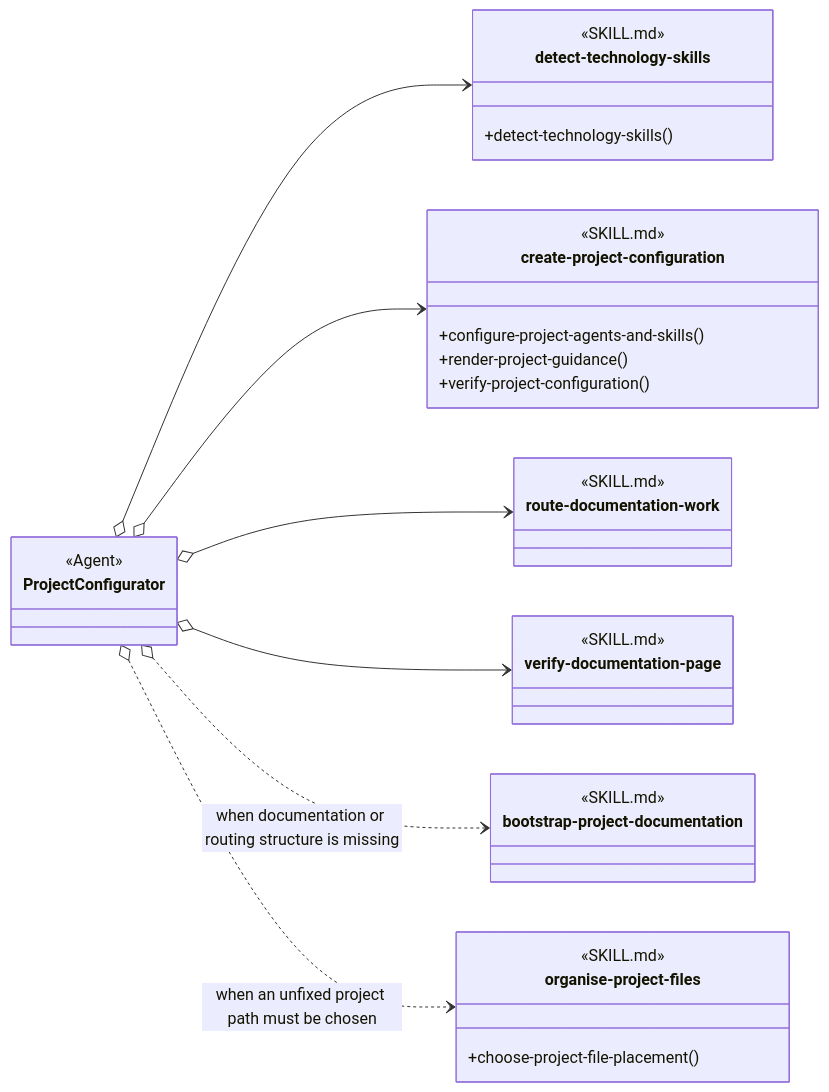
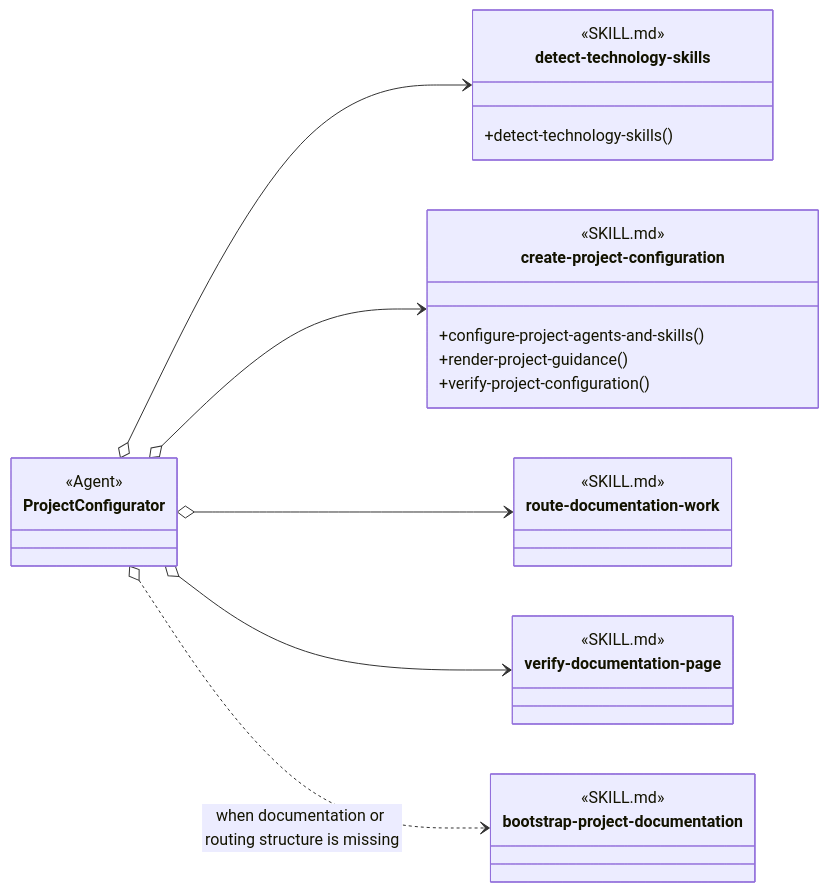
One commit to martinbechard/dev-methodology changed the second of 3 diagrams in design/agents/project-setup.md. Above: the diagram before and after it, drawn with Mermaid. The commit also changed other lines of this file and 140 other files, not shown here.

````diff
--- a/design/agents/project-setup.md
+++ b/design/agents/project-setup.md
@@ -51,50 +51,44 @@
 ```mermaid
 classDiagram
     direction LR
 
     class ProjectConfigurator {
         <<Agent>>
     }
 
     class detect-technology-skills {
         <<SKILL.md>>
         <<Agent Skill>>
         +detect-technology-skills()
     }
 
     class create-project-configuration {
         <<SKILL.md>>
         <<Agent Skill>>
         +configure-project-agents-and-skills()
         +render-project-guidance()
         +verify-project-configuration()
     }
 
     class route-documentation-work {
         <<SKILL.md>>
         <<Cross-group>>
     }
 
     class bootstrap-project-documentation {
         <<SKILL.md>>
         <<Cross-group>>
     }
 
     class verify-documentation-page {
         <<SKILL.md>>
         <<Cross-group>>
     }
 
-    class organise-project-files {
-        <<SKILL.md>>
-        <<Cross-group>>
-        +choose-project-file-placement()
-    }
 
     ProjectConfigurator o--> detect-technology-skills
     ProjectConfigurator o--> create-project-configuration
     ProjectConfigurator o--> route-documentation-work
     ProjectConfigurator o--> verify-documentation-page
     ProjectConfigurator o..> bootstrap-project-documentation : when documentation or routing structure is missing
-    ProjectConfigurator o..> organise-project-files : when an unfixed project path must be chosen
 ```
````
